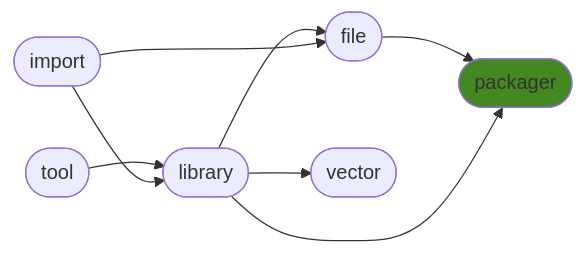
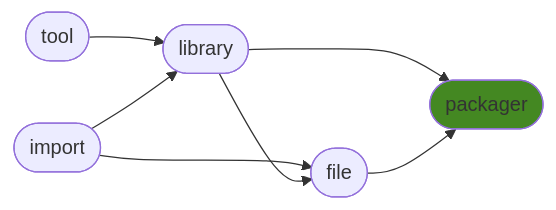
The diagram in README.md (ManderaGeneral/generalpackager), drawn with Mermaid before and after one commit. The commit also changed other lines of this file and 5 other files, not shown here.

````diff
--- a/README.md
+++ b/README.md
@@ -24,17 +24,15 @@
 ```mermaid
 flowchart LR
-2([library]) --> 4([vector])
+2([library]) --> 4([packager])
 1([tool]) --> 2([library])
-3([file]) --> 5([packager])
+0([import]) --> 3([file])
+0([import]) --> 2([library])
 2([library]) --> 3([file])
-0([import]) --> 2([library])
-0([import]) --> 3([file])
-2([library]) --> 5([packager])
+3([file]) --> 4([packager])
 click 0 "https://github.com/ManderaGeneral/generalimport"
 click 1 "https://github.com/ManderaGeneral/generaltool"
 click 2 "https://github.com/ManderaGeneral/generallibrary"
 click 3 "https://github.com/ManderaGeneral/generalfile"
-click 4 "https://github.com/ManderaGeneral/generalvector"
-click 5 "https://github.com/ManderaGeneral/generalpackager"
-style 5 fill:#482
+click 4 "https://github.com/ManderaGeneral/generalpackager"
+style 4 fill:#482
 ```
````
